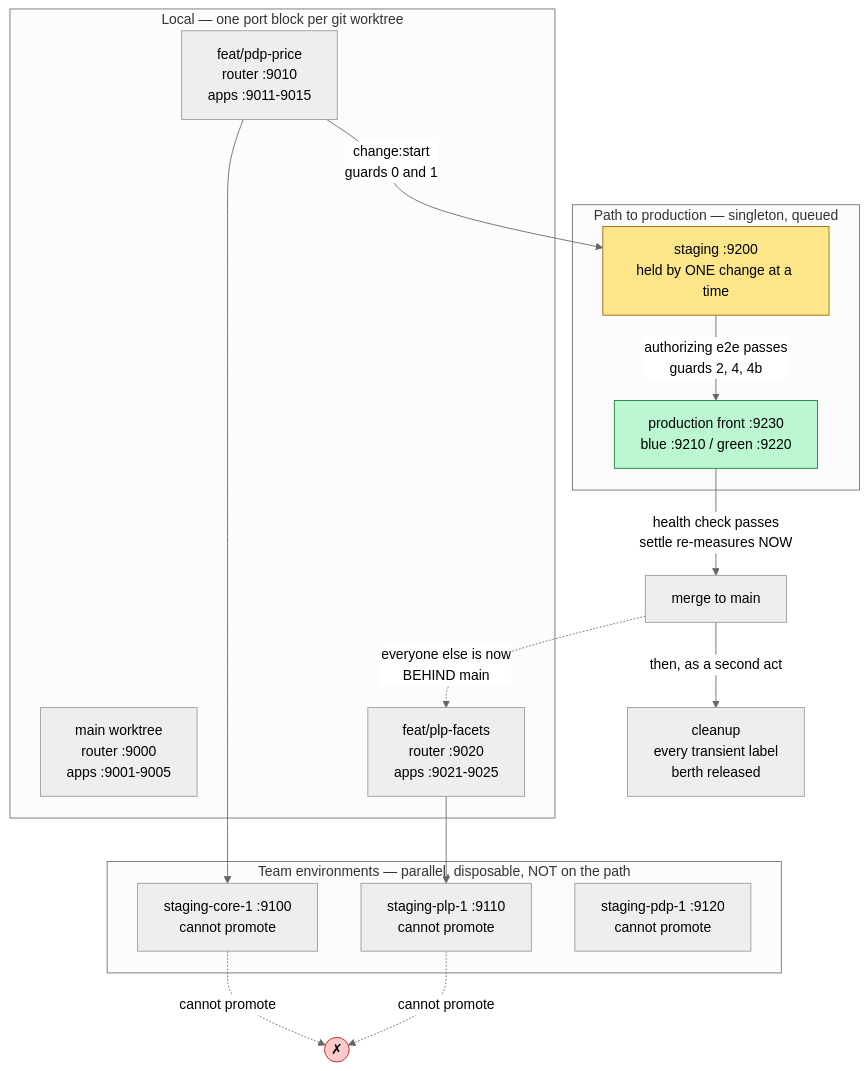
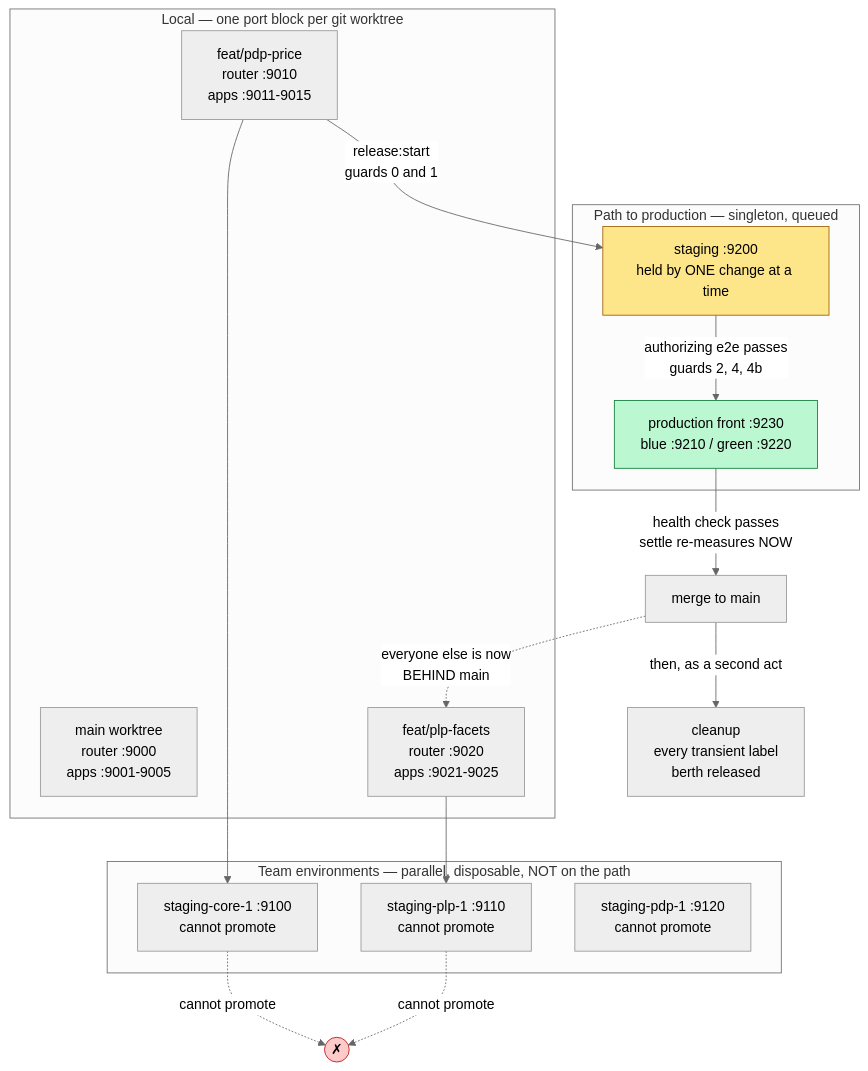
The fourth of 6 diagrams in README.org (aygp-dr/standard-change), drawn with Mermaid (neutral theme) before and after one commit. The commit also changed other lines of this file and 18 other files, not shown here.

First line of the commit message:
feat(change): release:start is the person's word; the driver defers to a booked window and has a dry run

```diff
--- a/README.org
+++ b/README.org
@@ -643,33 +643,33 @@
 #+begin_src mermaid :eval never-export
 flowchart TB
     subgraph local["Local — one port block per git worktree"]
         W0["main worktree<br/>router :9000<br/>apps :9001-9005"]
         W1["feat/pdp-price<br/>router :9010<br/>apps :9011-9015"]
         W2["feat/plp-facets<br/>router :9020<br/>apps :9021-9025"]
     end
 
     subgraph team["Team environments — parallel, disposable, NOT on the path"]
         E1["staging-core-1 :9100<br/>cannot promote"]
         E2["staging-plp-1 :9110<br/>cannot promote"]
         E3["staging-pdp-1 :9120<br/>cannot promote"]
     end
 
     subgraph path["Path to production — singleton, queued"]
         S["staging :9200<br/>held by ONE change at a time"]
         P["production front :9230<br/>blue :9210 / green :9220"]
     end
 
     W1 --> E1
     W2 --> E2
     E1 -.->|"cannot promote"| X(("✗"))
     E2 -.->|"cannot promote"| X
-    W1 -->|"change:start<br/>guards 0 and 1"| S
+    W1 -->|"release:start<br/>guards 0 and 1"| S
     S -->|"authorizing e2e passes<br/>guards 2, 4, 4b"| P
     P -->|"health check passes<br/>settle re-measures NOW"| M["merge to main"]
     M -->|"then, as a second act"| CU["cleanup<br/>every transient label<br/>berth released"]
     M -.->|"everyone else is now<br/>BEHIND main"| W2
 
     style S fill:#fde68a,stroke:#a16207,color:#000
     style P fill:#bbf7d0,stroke:#15803d,color:#000
     style X fill:#fecaca,stroke:#b91c1c,color:#000
 #+end_src
```
